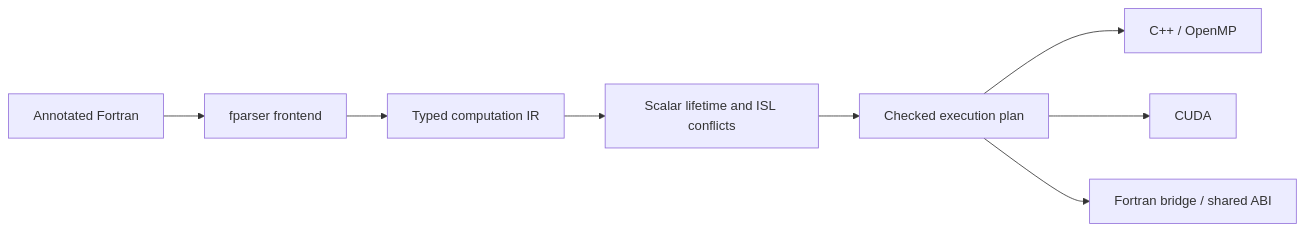
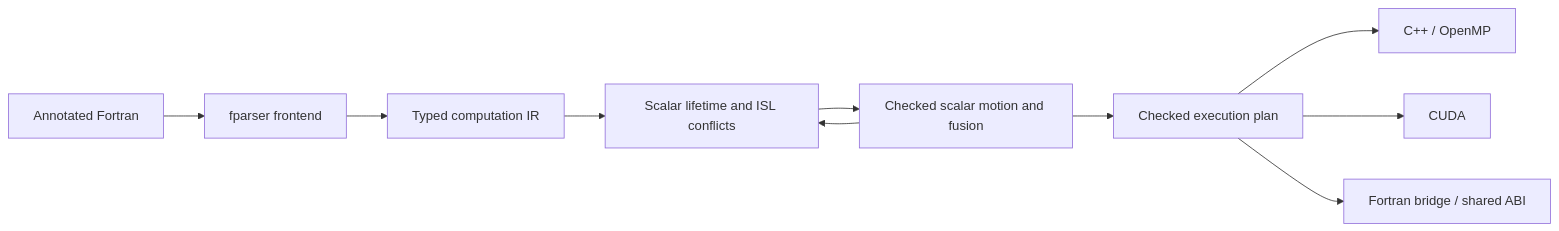
Before and after one commit to jiriklepl/fortran-to-cuda: the diagram in compiler/README.md, drawn with Mermaid. The commit also changed other lines of this file and 10 other files, not shown here.

Commit message:
add checked scalar motion and loop fusion

````diff
--- a/compiler/README.md
+++ b/compiler/README.md
@@ -7,10 +7,12 @@
 ```mermaid
 flowchart LR
     F[Annotated Fortran] --> P[fparser frontend]
     P --> I[Typed computation IR]
     I --> A[Scalar lifetime and ISL conflicts]
-    A --> E[Checked execution plan]
+    A --> T[Checked scalar motion and fusion]
+    T --> A
+    T --> E[Checked execution plan]
     E --> C[C++ / OpenMP]
     E --> G[CUDA]
     E --> B[Fortran bridge / shared ABI]
 ```
````
